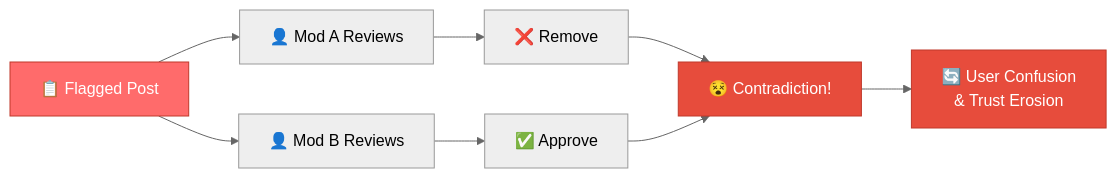
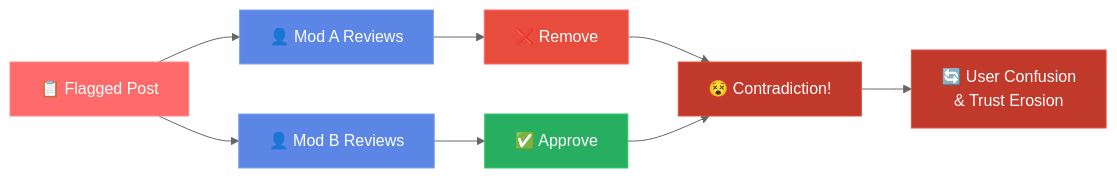
The first of 10 diagrams in README.md (Anbu-00001/Context_hunting), drawn with Mermaid (neutral theme) before and after one commit. The commit also changed other lines of this file, not shown here.

Commit message:
fix: dark mode visibility — all Mermaid nodes now have explicit bright fills, light strokes, and white text

````diff
--- a/README.md
+++ b/README.md
@@ -24,14 +24,18 @@
 ```mermaid
 flowchart LR
     A["📋 Flagged Post"] --> B["👤 Mod A Reviews"]
     A --> C["👤 Mod B Reviews"]
     B --> D["❌ Remove"]
     C --> E["✅ Approve"]
     D --> F["😵 Contradiction!"]
     E --> F
     F --> G["🔄 User Confusion\n& Trust Erosion"]
 
-    style A fill:#ff6b6b,stroke:#c0392b,color:#fff
-    style F fill:#e74c3c,stroke:#c0392b,color:#fff
-    style G fill:#e74c3c,stroke:#c0392b,color:#fff
+    style A fill:#ff6b6b,stroke:#ff8787,color:#fff
+    style B fill:#5b86e5,stroke:#7ea1ed,color:#fff
+    style C fill:#5b86e5,stroke:#7ea1ed,color:#fff
+    style D fill:#e74c3c,stroke:#ff6b6b,color:#fff
+    style E fill:#27ae60,stroke:#2ecc71,color:#fff
+    style F fill:#c0392b,stroke:#e74c3c,color:#fff
+    style G fill:#c0392b,stroke:#e74c3c,color:#fff
 ```
````
